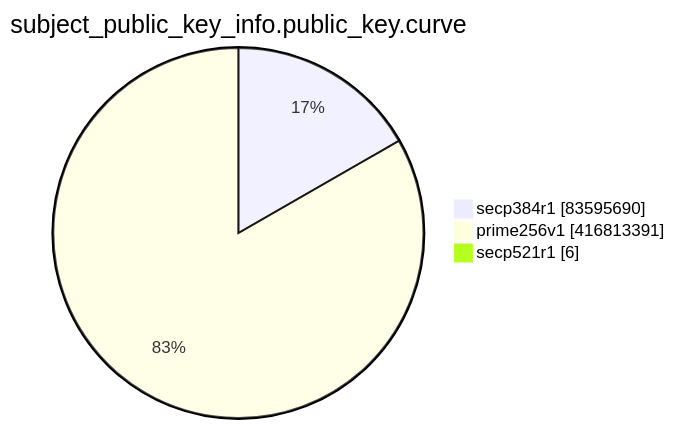
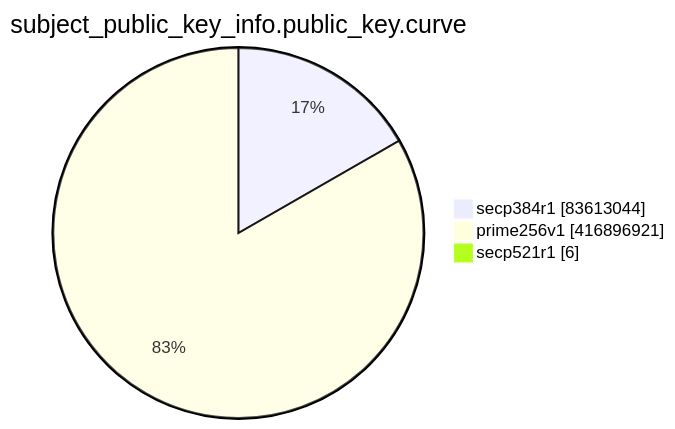
One commit to christiankrug/ctmonitor_visualization changed the eighth of 15 diagrams in TOTAL/README.md. Above: the diagram before and after it, drawn with Mermaid. The commit also changed other lines of this file, not shown here.

````diff
--- a/TOTAL/README.md
+++ b/TOTAL/README.md
@@ -3098,7 +3098,7 @@
 ```mermaid
 pie showData
 title subject_public_key_info.public_key.curve
-"secp384r1" :83595690
-"prime256v1" :416813391
+"secp384r1" :83613044
+"prime256v1" :416896921
 "secp521r1" :6
 ```
````
